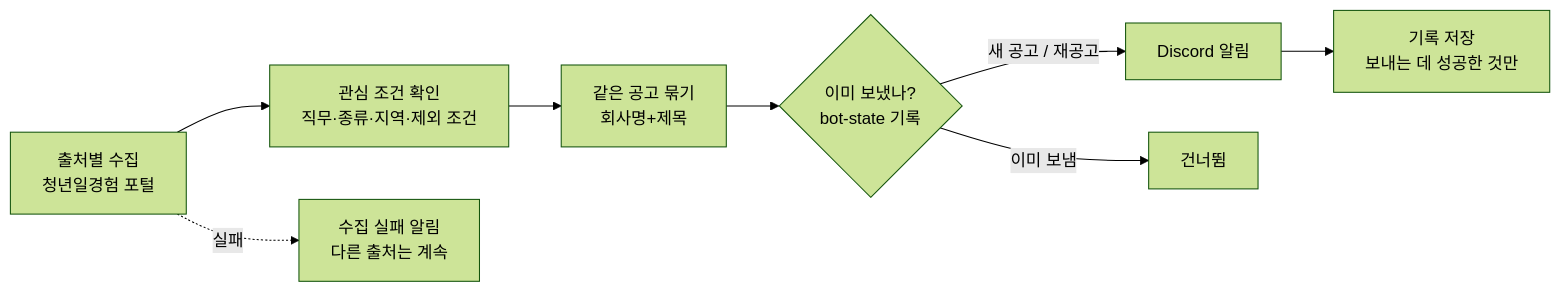
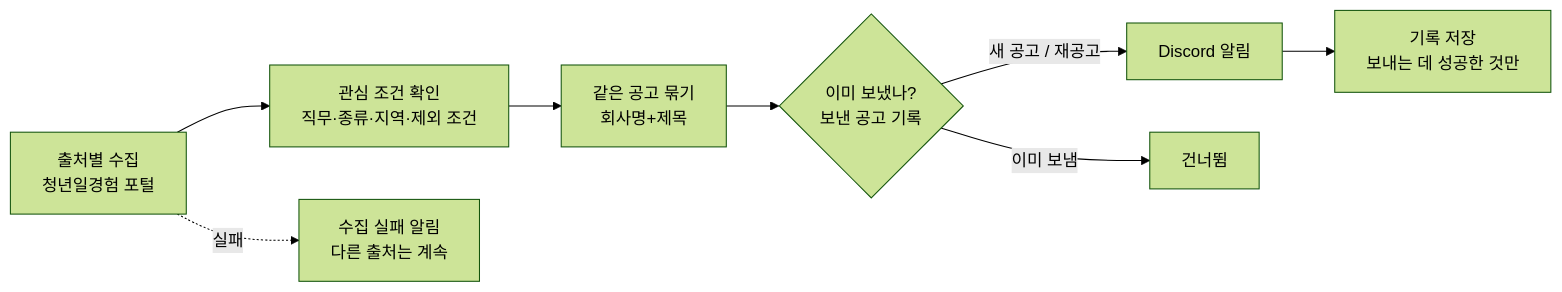
One commit to Chjjh605/job-alert-bot changed the diagram in README.md. Above: the diagram before and after it, drawn with Mermaid (forest theme). The commit also changed other lines of this file and 6 other files, not shown here.

````diff
--- a/README.md
+++ b/README.md
@@ -18,10 +19,10 @@
 ```mermaid
 flowchart LR
   A[출처별 수집<br/>청년일경험 포털] --> B[관심 조건 확인<br/>직무·종류·지역·제외 조건]
   B --> C[같은 공고 묶기<br/>회사명+제목]
-  C --> D{이미 보냈나?<br/>bot-state 기록}
+  C --> D{이미 보냈나?<br/>보낸 공고 기록}
   D -- 새 공고 / 재공고 --> E[Discord 알림]
   D -- 이미 보냄 --> F[건너뜀]
   E --> G[기록 저장<br/>보내는 데 성공한 것만]
   A -. 실패 .-> H[수집 실패 알림<br/>다른 출처는 계속]
 ```
````
